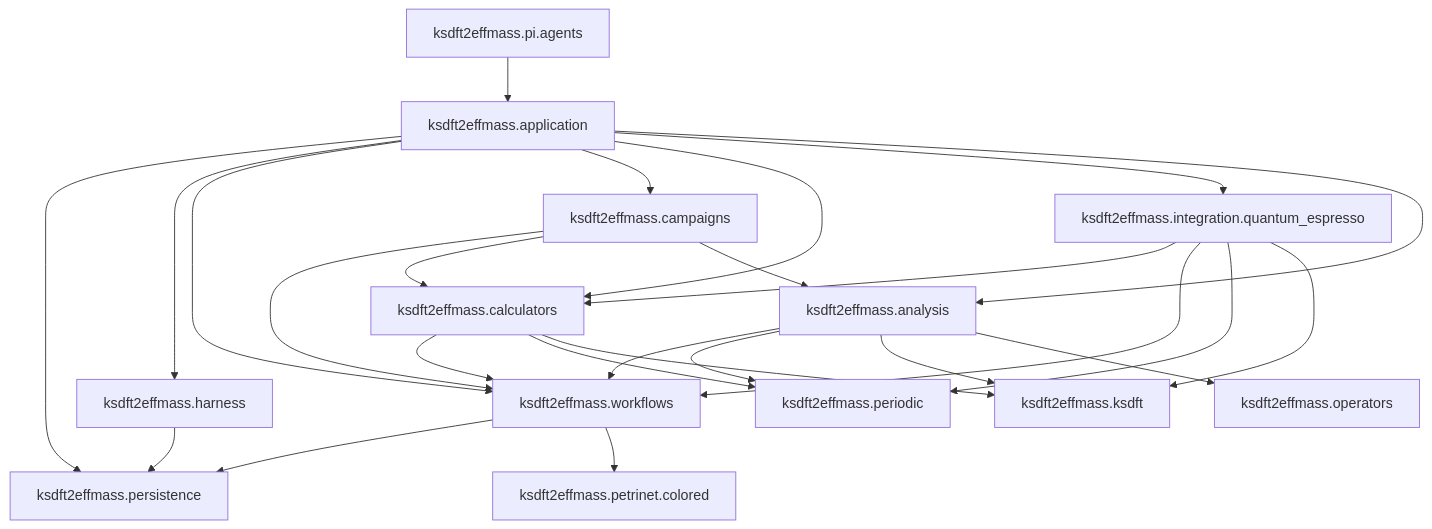
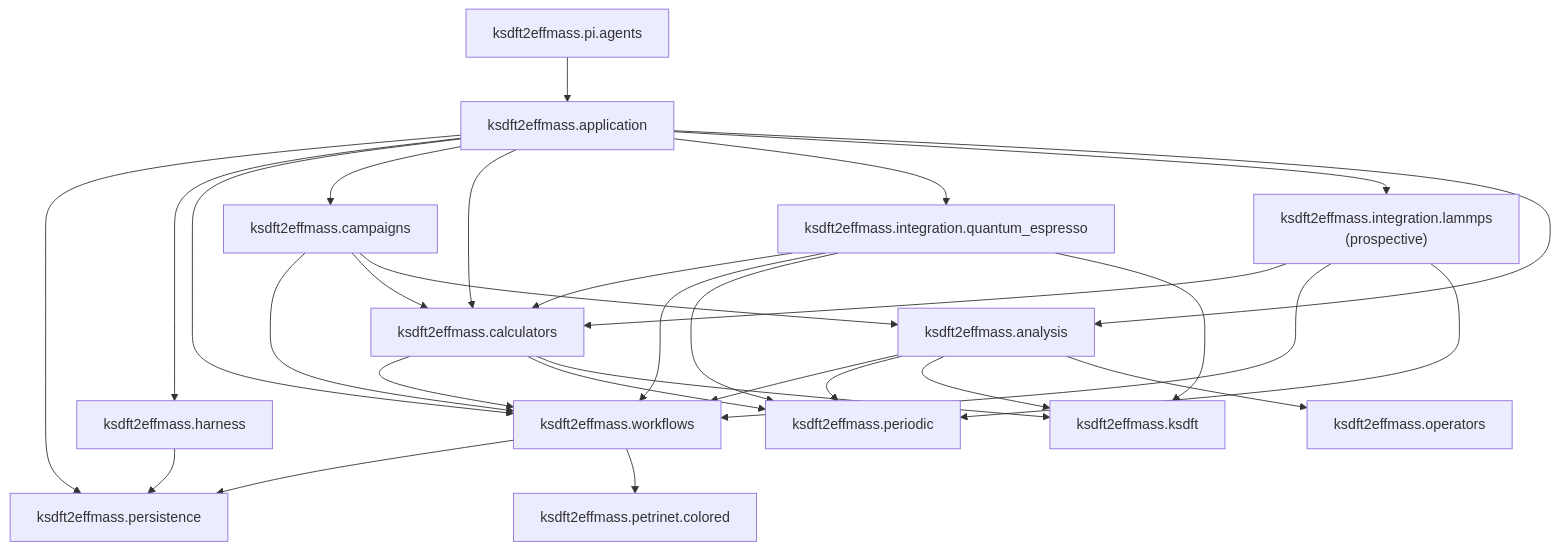
The diagram in docs/architecture/v2/repository-layout.md (eragasa/ksdft2effmass), drawn with Mermaid before and after one commit. The commit also changed other lines of this file and 57 other files, not shown here.

````diff
--- a/docs/architecture/v2/repository-layout.md
+++ b/docs/architecture/v2/repository-layout.md
@@ -89,30 +92,34 @@
 ```mermaid
 flowchart TD
     persistence["ksdft2effmass.persistence"]
     campaigns["ksdft2effmass.campaigns"] --> workflows["ksdft2effmass.workflows"]
     campaigns --> calculators["ksdft2effmass.calculators"]
     campaigns --> analysis["ksdft2effmass.analysis"]
     harness["ksdft2effmass.harness"] --> persistence
     workflows --> persistence
     workflows --> petrinet["ksdft2effmass.petrinet.colored"]
     calculators --> workflows
     calculators --> periodic["ksdft2effmass.periodic"]
     calculators --> ksdft["ksdft2effmass.ksdft"]
-    integration["ksdft2effmass.integration.quantum_espresso"] --> calculators
-    integration --> workflows
-    integration --> periodic
-    integration --> ksdft
+    qe_integration["ksdft2effmass.integration.quantum_espresso"] --> calculators
+    qe_integration --> workflows
+    qe_integration --> periodic
+    qe_integration --> ksdft
+    lammps_integration["ksdft2effmass.integration.lammps<br/>(prospective)"] --> calculators
+    lammps_integration --> workflows
+    lammps_integration --> periodic
     pi_agents["ksdft2effmass.pi.agents"] --> composition
     operators["ksdft2effmass.operators"]
     analysis --> workflows
     analysis --> periodic
     analysis --> ksdft
     analysis --> operators
     composition["ksdft2effmass.application"] --> persistence
     composition --> harness
     composition --> workflows
     composition --> campaigns
     composition --> calculators
-    composition --> integration
+    composition --> qe_integration
+    composition --> lammps_integration
     composition --> analysis
 ```
````
